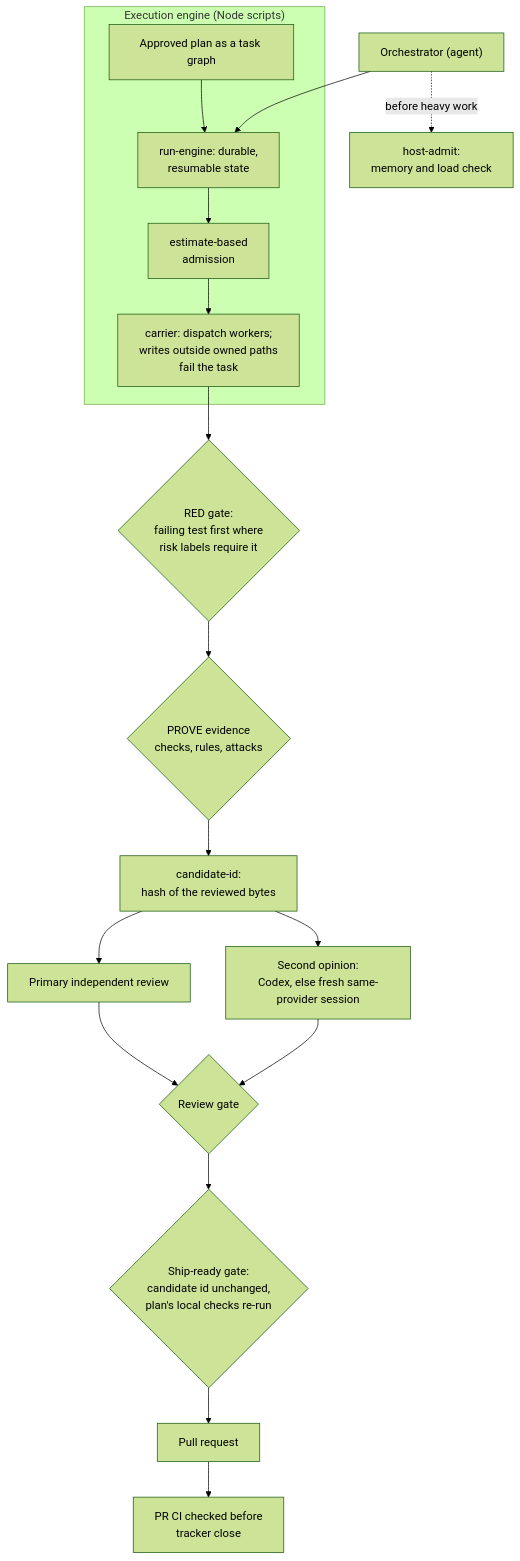
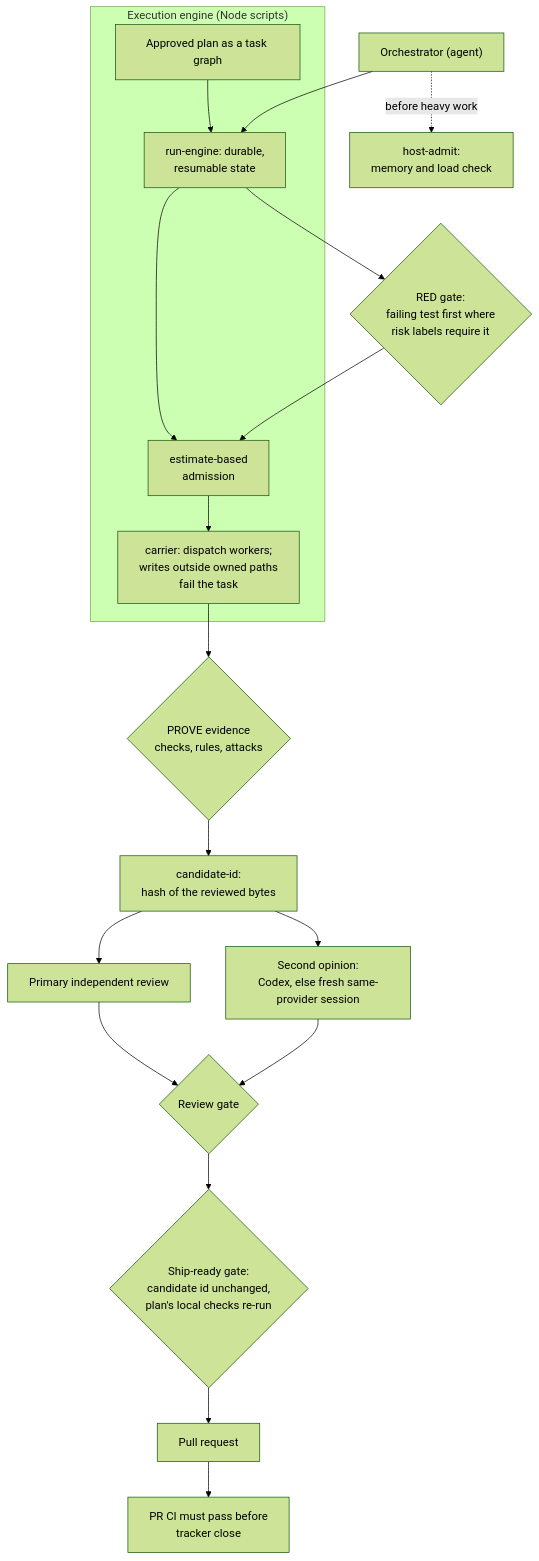
One commit to AhmedAbdelfattah0/AI-Skills changed the second of 2 diagrams in README.md. Above: the diagram before and after it, drawn with Mermaid (forest theme). The commit also changed other lines of this file and 9 other files, not shown here.

Commit message:
docs: PR #143 round 1 repair (security contact, review tier claim, concurrency wording, pins, diagram order)

````diff
--- a/README.md
+++ b/README.md
@@ -115,20 +115,21 @@
 ```mermaid
 flowchart TB
   ORCH["Orchestrator (agent)"] -. "before heavy work" .-> HOST["host-admit:<br/>memory and load check"]
   ORCH --> RUN
   subgraph Engine["Execution engine (Node scripts)"]
     DAG["Approved plan as a task graph"] --> RUN["run-engine: durable,<br/>resumable state"]
     RUN --> ADM["estimate-based<br/>admission"]
     ADM --> CAR["carrier: dispatch workers;<br/>writes outside owned paths<br/>fail the task"]
   end
-  CAR --> G1{"RED gate:<br/>failing test first where<br/>risk labels require it"}
-  G1 --> G2{"PROVE evidence<br/>checks, rules, attacks"}
+  RUN --> G1{"RED gate:<br/>failing test first where<br/>risk labels require it"}
+  G1 --> ADM
+  CAR --> G2{"PROVE evidence<br/>checks, rules, attacks"}
   G2 --> CID["candidate-id:<br/>hash of the reviewed bytes"]
   CID --> PR1["Primary independent review"]
   CID --> PR2["Second opinion:<br/>Codex, else fresh same-provider session"]
   PR1 --> G3{"Review gate"}
   PR2 --> G3
   G3 --> G4{"Ship-ready gate:<br/>candidate id unchanged,<br/>plan's local checks re-run"}
   G4 --> PRN["Pull request"]
-  PRN --> CI["PR CI checked before<br/>tracker close"]
+  PRN --> CI["PR CI must pass before<br/>tracker close"]
 ```
````
